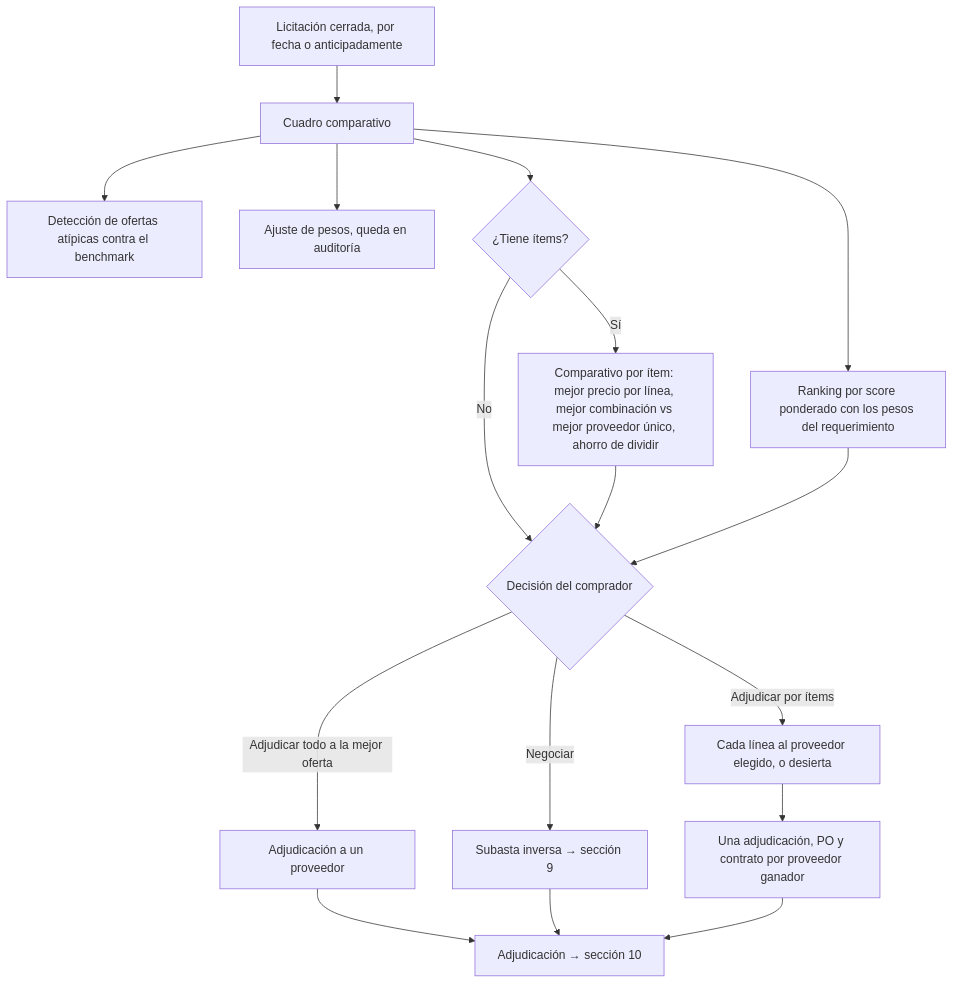
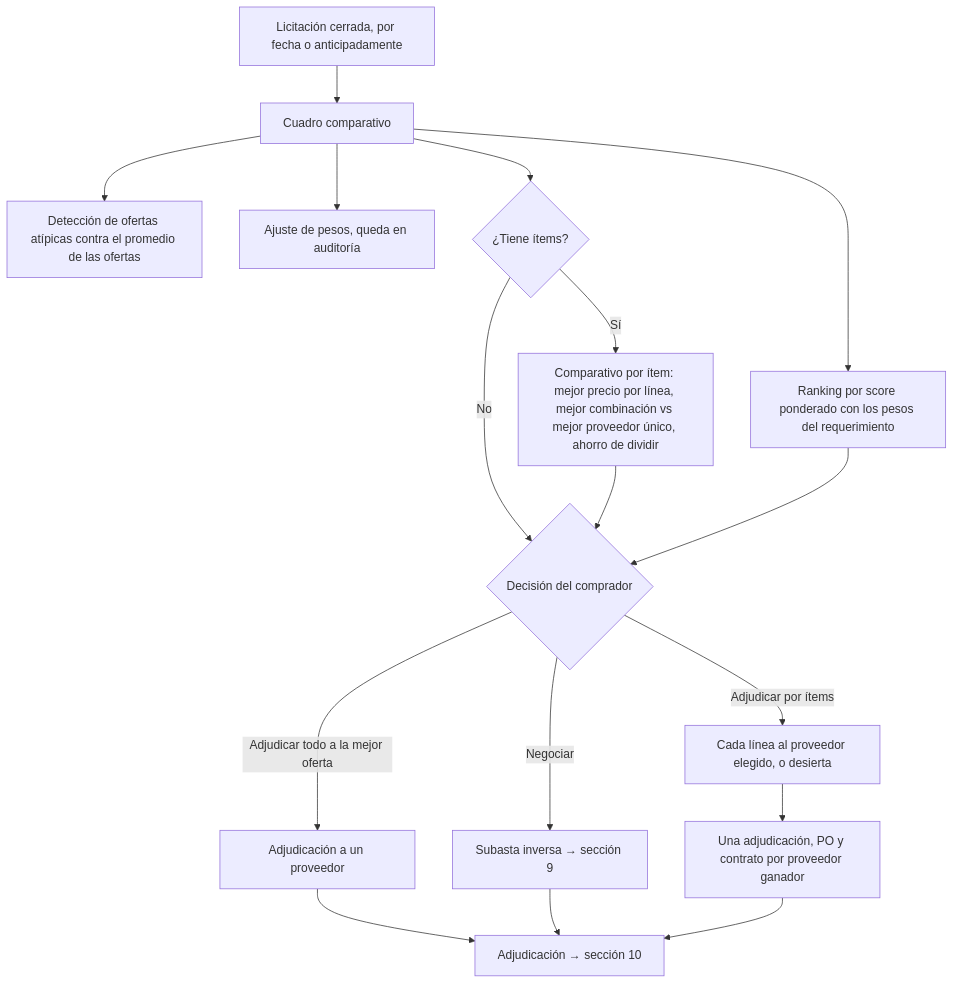
One commit to johnalecc21/bolt_pro changed diagram 16 of 34 in docs/DIAGRAMAS-FLUJO.md. Above: the diagram before and after it, drawn with Mermaid. The commit also changed other lines of this file and 35 other files, not shown here.

````diff
--- a/docs/DIAGRAMAS-FLUJO.md
+++ b/docs/DIAGRAMAS-FLUJO.md
@@ -395,17 +395,17 @@
 ```mermaid
 flowchart TD
     A["Licitación cerrada, por fecha o anticipadamente"] --> B["Cuadro comparativo"]
     B --> B1["Ranking por score ponderado con los pesos del requerimiento"]
-    B --> B2["Detección de ofertas atípicas contra el benchmark"]
+    B --> B2["Detección de ofertas atípicas contra el promedio de las ofertas"]
     B --> B3["Ajuste de pesos, queda en auditoría"]
     B --> B4{"¿Tiene ítems?"}
     B4 -->|"Sí"| B5["Comparativo por ítem: mejor precio por línea, mejor combinación vs mejor proveedor único, ahorro de dividir"]
     B4 -->|"No"| C
     B5 --> C{"Decisión del comprador"}
     B1 --> C
     C -->|"Adjudicar todo a la mejor oferta"| D["Adjudicación a un proveedor"]
     C -->|"Adjudicar por ítems"| E["Cada línea al proveedor elegido, o desierta"]
     C -->|"Negociar"| F["Subasta inversa → sección 9"]
     E --> G["Una adjudicación, PO y contrato por proveedor ganador"]
     D & F & G --> H["Adjudicación → sección 10"]
 ```
````
